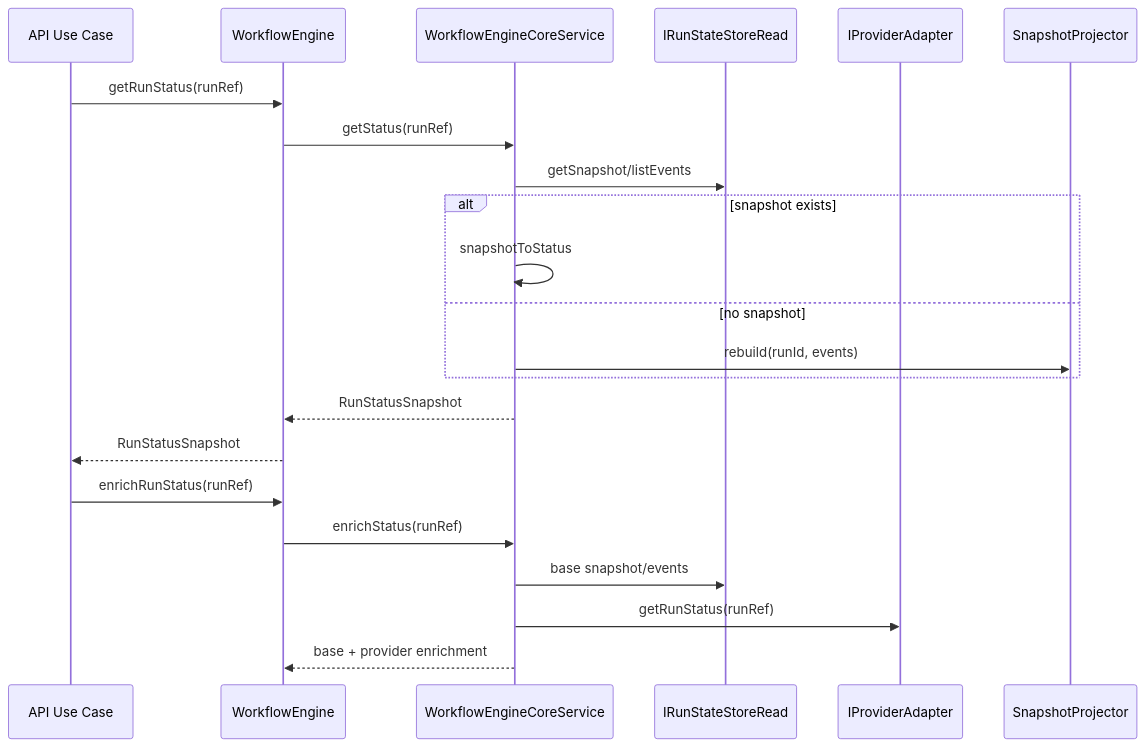
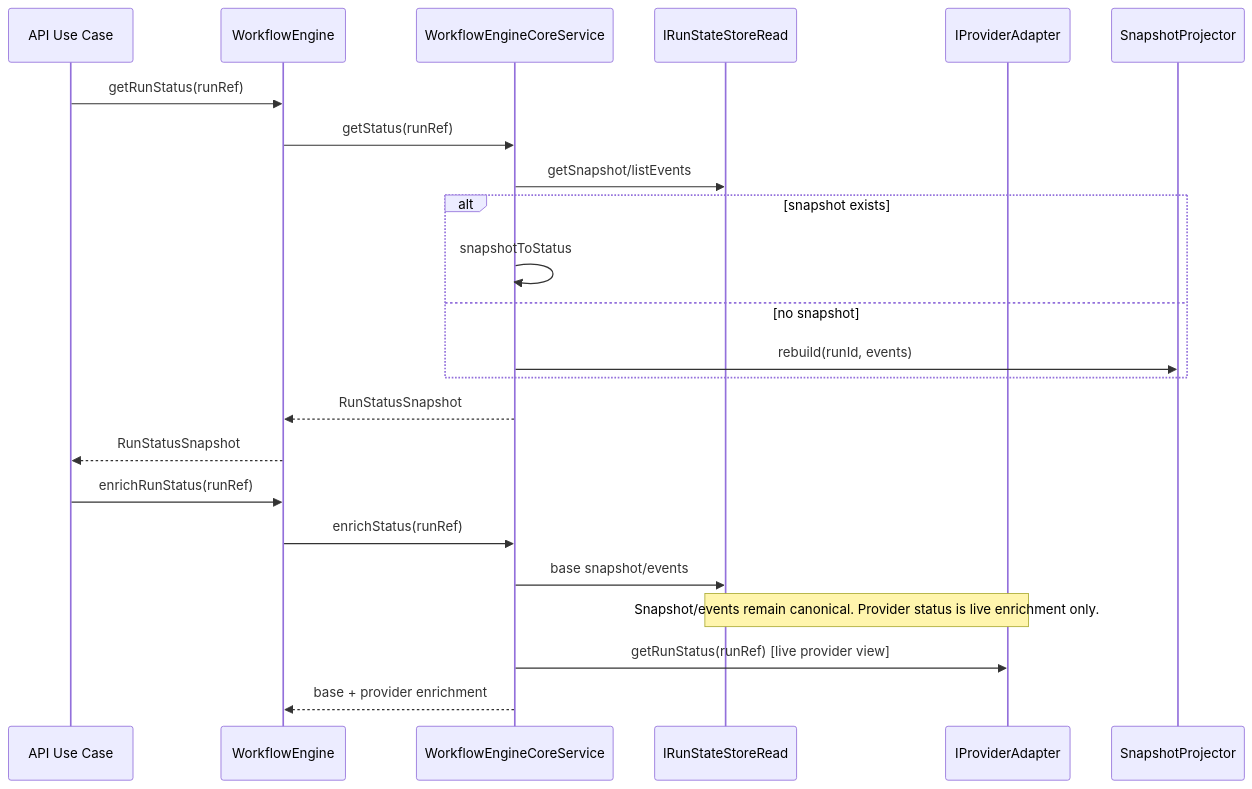
Before and after one commit to dunay2/dvt: the fourth of 5 diagrams in docs/architecture/components/engine/architecture/workflow-engine-subsystem-context.md, drawn with Mermaid. The commit also changed other lines of this file and 63 other files, not shown here.

Commit message:
docs(docs): Reset engine contract pack and split run status models

````diff
--- a/docs/architecture/components/engine/architecture/workflow-engine-subsystem-context.md
+++ b/docs/architecture/components/engine/architecture/workflow-engine-subsystem-context.md
@@ -162,26 +162,27 @@
 ```mermaid
 sequenceDiagram
   participant Client as API Use Case
   participant Engine as WorkflowEngine
   participant Core as WorkflowEngineCoreService
   participant State as IRunStateStoreRead
   participant Adapter as IProviderAdapter
   participant Projector as SnapshotProjector
 
   Client->>Engine: getRunStatus(runRef)
   Engine->>Core: getStatus(runRef)
   Core->>State: getSnapshot/listEvents
   alt snapshot exists
     Core->>Core: snapshotToStatus
   else no snapshot
     Core->>Projector: rebuild(runId, events)
   end
   Core-->>Engine: RunStatusSnapshot
   Engine-->>Client: RunStatusSnapshot
 
   Client->>Engine: enrichRunStatus(runRef)
   Engine->>Core: enrichStatus(runRef)
   Core->>State: base snapshot/events
-  Core->>Adapter: getRunStatus(runRef)
+  Note over State,Adapter: Snapshot/events remain canonical. Provider status is live enrichment only.
+  Core->>Adapter: getRunStatus(runRef) [live provider view]
   Core-->>Engine: base + provider enrichment
 ```
````
